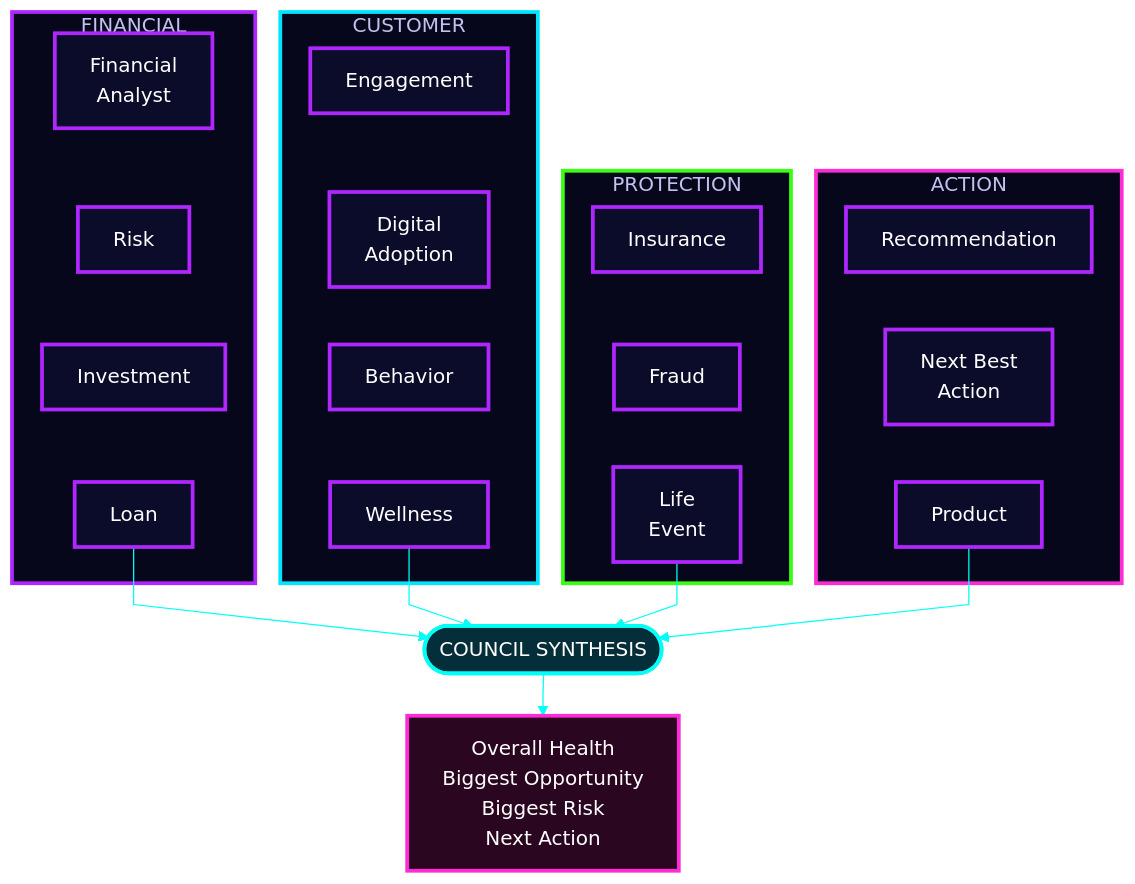
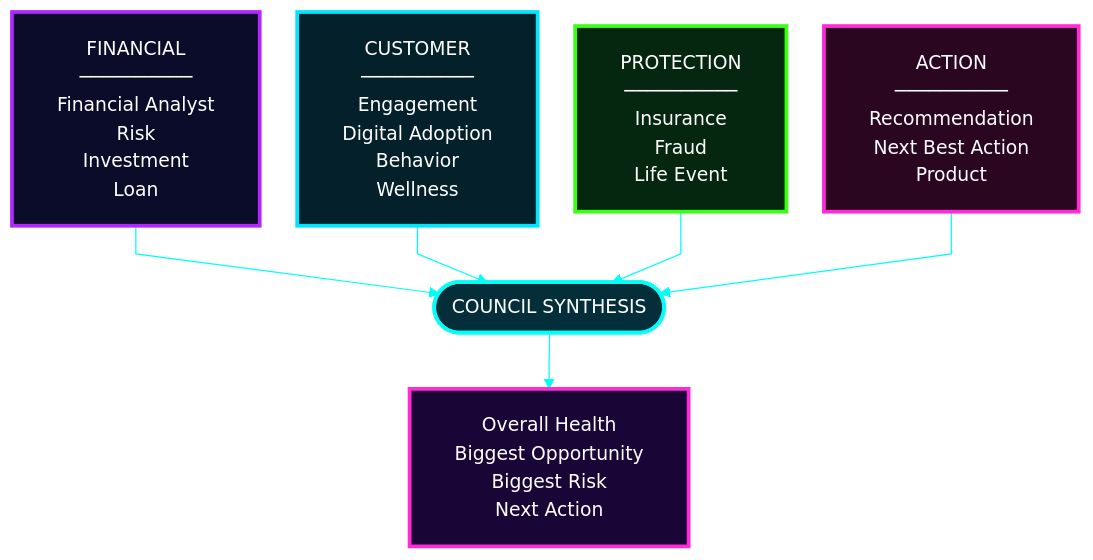
Diagram 11 of 17 in README.md (Mansi232323/MANSHORA), drawn with Mermaid before and after one commit. The commit also changed other lines of this file, not shown here.

````diff
--- a/README.md
+++ b/README.md
@@ -410,31 +394,25 @@
 ```mermaid
-%%{init: {'theme':'base','themeVariables':{'fontSize':'16px','fontFamily':'Arial, Helvetica, sans-serif','primaryColor':'#0b0b2a','primaryTextColor':'#ffffff','primaryBorderColor':'#b026ff','lineColor':'#00fff7','textColor':'#ffffff','edgeLabelBackground':'#0b0b2a'},'flowchart':{'htmlLabels':false,'nodeSpacing':28,'rankSpacing':34,'padding':14,'curve':'linear'}}}%%
+%%{init: {'theme':'base','themeVariables':{'fontSize':'15px','fontFamily':'Arial, Helvetica, sans-serif','primaryColor':'#0b0b2a','primaryTextColor':'#ffffff','primaryBorderColor':'#b026ff','lineColor':'#00fff7','textColor':'#ffffff','edgeLabelBackground':'#0b0b2a'},'flowchart':{'htmlLabels':false,'nodeSpacing':30,'rankSpacing':45,'padding':18,'curve':'linear'}}}%%
 flowchart TB
-    subgraph G1["FINANCIAL"]
-        a1["Financial<br/>Analyst"] ~~~ a2["Risk"] ~~~ a3["Investment"] ~~~ a4["Loan"]
-    end
-    subgraph G2["CUSTOMER"]
-        a5["Engagement"] ~~~ a6["Digital<br/>Adoption"] ~~~ a7["Behavior"] ~~~ a8["Wellness"]
-    end
-    subgraph G3["PROTECTION"]
-        a9["Insurance"] ~~~ a10["Fraud"] ~~~ a11["Life<br/>Event"]
-    end
-    subgraph G4["ACTION"]
-        a12["Recommendation"] ~~~ a13["Next Best<br/>Action"] ~~~ a14["Product"]
-    end
-    a4 --> S
-    a8 --> S
-    a11 --> S
-    a14 --> S
+    G1["FINANCIAL<br/>──────────<br/>Financial Analyst<br/>Risk<br/>Investment<br/>Loan"]
+    G2["CUSTOMER<br/>──────────<br/>Engagement<br/>Digital Adoption<br/>Behavior<br/>Wellness"]
+    G3["PROTECTION<br/>──────────<br/>Insurance<br/>Fraud<br/>Life Event"]
+    G4["ACTION<br/>──────────<br/>Recommendation<br/>Next Best Action<br/>Product"]
+    G1 --> S
+    G2 --> S
+    G3 --> S
+    G4 --> S
     S(["COUNCIL SYNTHESIS"]) --> R["Overall Health<br/>Biggest Opportunity<br/>Biggest Risk<br/>Next Action"]
-    classDef agent fill:#0b0b2a,stroke:#b026ff,stroke-width:3px,color:#ffffff
+    classDef g1 fill:#0b0b2a,stroke:#b026ff,stroke-width:3px,color:#ffffff
+    classDef g2 fill:#04202a,stroke:#00e5ff,stroke-width:3px,color:#ffffff
+    classDef g3 fill:#05260f,stroke:#39ff14,stroke-width:3px,color:#ffffff
+    classDef g4 fill:#2a0620,stroke:#ff2bd6,stroke-width:3px,color:#ffffff
     classDef core fill:#042f3a,stroke:#00fff7,stroke-width:3px,color:#ffffff
-    classDef out fill:#2a0620,stroke:#ff2bd6,stroke-width:3px,color:#ffffff
-    class a1,a2,a3,a4,a5,a6,a7,a8,a9,a10,a11,a12,a13,a14 agent
+    classDef out fill:#1a0636,stroke:#ff2bd6,stroke-width:3px,color:#ffffff
+    class G1 g1
+    class G2 g2
+    class G3 g3
+    class G4 g4
     class S core
     class R out
-    style G1 fill:#07071c,stroke:#b026ff,stroke-width:3px
-    style G2 fill:#07071c,stroke:#00e5ff,stroke-width:3px
-    style G3 fill:#07071c,stroke:#39ff14,stroke-width:3px
-    style G4 fill:#07071c,stroke:#ff2bd6,stroke-width:3px
 ```
````
